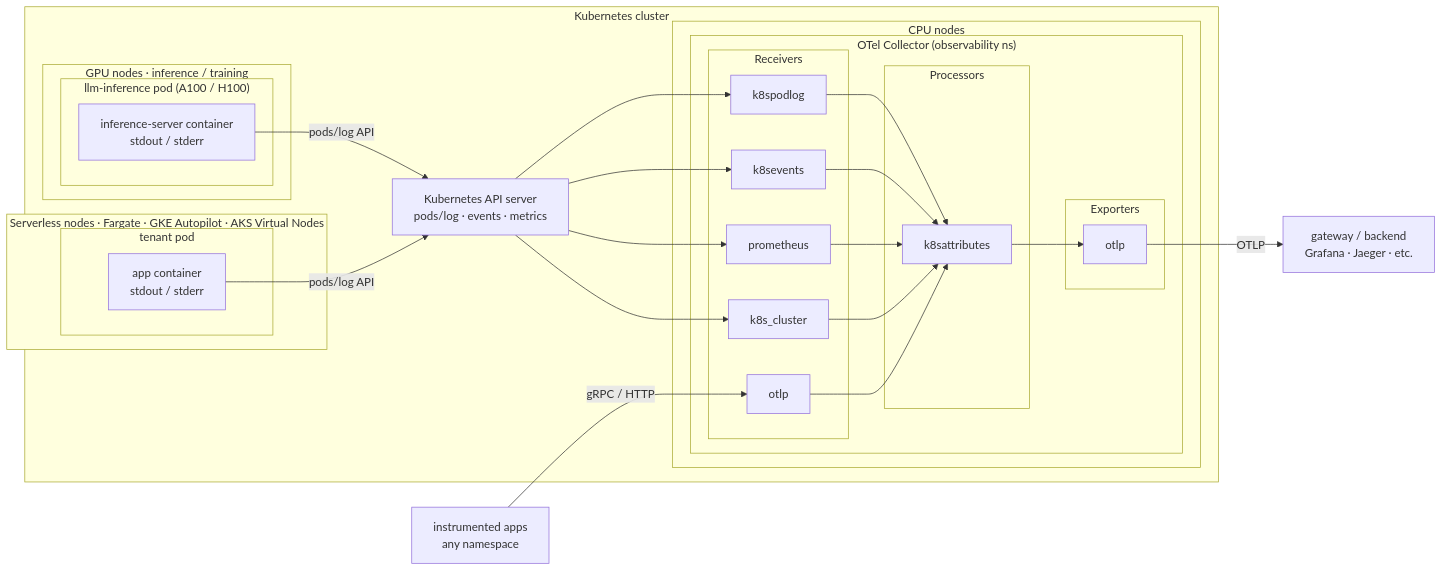
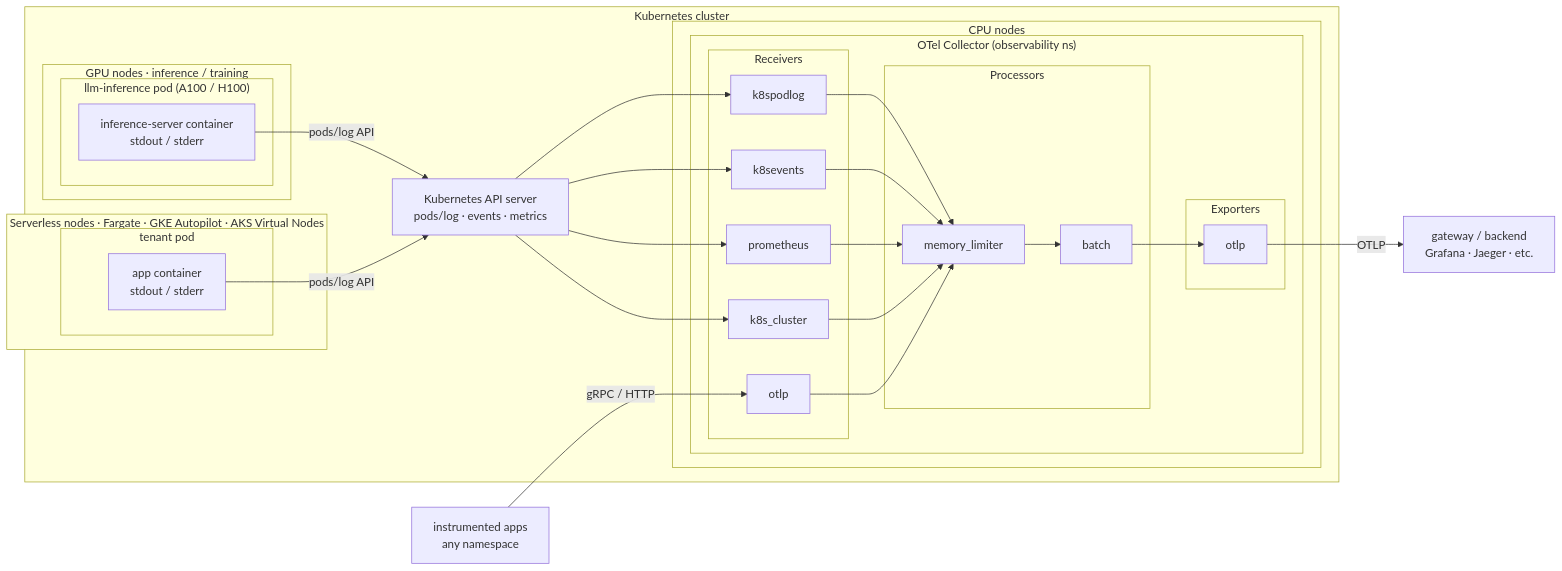
Before and after one commit to eugenekurasov/security-observability-stack: the diagram in docs/architecture.md, drawn with Mermaid. The commit also changed other lines of this file and 10 other files, not shown here.

````diff
--- a/docs/architecture.md
+++ b/docs/architecture.md
@@ -17,47 +19,49 @@
 ```mermaid
 flowchart LR
     subgraph cluster["Kubernetes cluster"]
         subgraph gpu["GPU nodes  ·  inference / training"]
             subgraph llmpod["llm-inference pod  (A100 / H100)"]
                 container["inference-server container\nstdout / stderr"]
             end
         end
 
         subgraph serverless["Serverless nodes  ·  Fargate · GKE Autopilot · AKS Virtual Nodes"]
             subgraph svpod["tenant pod"]
                 svcontainer["app container\nstdout / stderr"]
             end
         end
 
         apiserver["Kubernetes API server\npods/log · events · metrics"]
 
         subgraph cpu["CPU nodes"]
             subgraph collector["OTel Collector  (observability ns)"]
                 subgraph recv["Receivers"]
                     r1[k8spodlog]
                     r2[k8sevents]
                     r3[prometheus]
                     r4[k8s_cluster]
                     r5[otlp]
                 end
                 subgraph processors["Processors"]
-                    p1[k8sattributes]
+                    p0[memory_limiter]
+                    p2[batch]
                 end
                 subgraph exporters["Exporters"]
                     e1[otlp]
                 end
             end
         end
     end
 
     apps["instrumented apps\nany namespace"]
     backend["gateway / backend\nGrafana · Jaeger · etc."]
 
     container -->|pods/log API| apiserver
     svcontainer -->|pods/log API| apiserver
     apiserver --> r1 & r2 & r3 & r4
     apps -->|gRPC / HTTP| r5
-    r1 & r2 & r3 & r4 & r5 --> p1
-    p1 --> e1
+    r1 & r2 & r3 & r4 & r5 --> p0
+    p0 --> p2
+    p2 --> e1
     e1 -->|OTLP| backend
 ```
````
